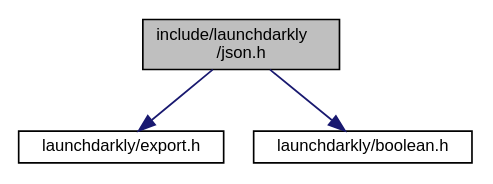
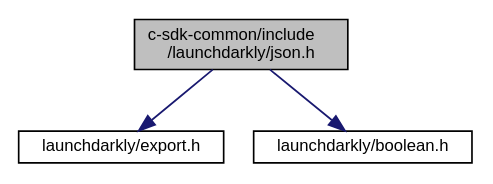
The diagram in json_8h__incl.dot (launchdarkly/c-server-sdk), drawn with Graphviz before and after one commit. The commit also changed 43 other files, not shown here.

```diff
--- a/json_8h__incl.dot
+++ b/json_8h__incl.dot
@@ -1,10 +1,10 @@
-digraph "include/launchdarkly/json.h"
+digraph "c-sdk-common/include/launchdarkly/json.h"
 {
   edge [fontname="Helvetica",fontsize="10",labelfontname="Helvetica",labelfontsize="10"];
   node [fontname="Helvetica",fontsize="10",shape=record];
-  Node0 [label="include/launchdarkly\l/json.h",height=0.2,width=0.4,color="black", fillcolor="grey75", style="filled", fontcolor="black"];
+  Node0 [label="c-sdk-common/include\l/launchdarkly/json.h",height=0.2,width=0.4,color="black", fillcolor="grey75", style="filled", fontcolor="black"];
   Node0 -> Node1 [color="midnightblue",fontsize="10",style="solid",fontname="Helvetica"];
   Node1 [label="launchdarkly/export.h",height=0.2,width=0.4,color="black", fillcolor="white", style="filled",URL="$export_8h.html",tooltip="Public. Configuration of exported symbols. "];
   Node0 -> Node2 [color="midnightblue",fontsize="10",style="solid",fontname="Helvetica"];
   Node2 [label="launchdarkly/boolean.h",height=0.2,width=0.4,color="black", fillcolor="white", style="filled",URL="$boolean_8h.html",tooltip="A custom c89 boolean type. "];
 }
```
